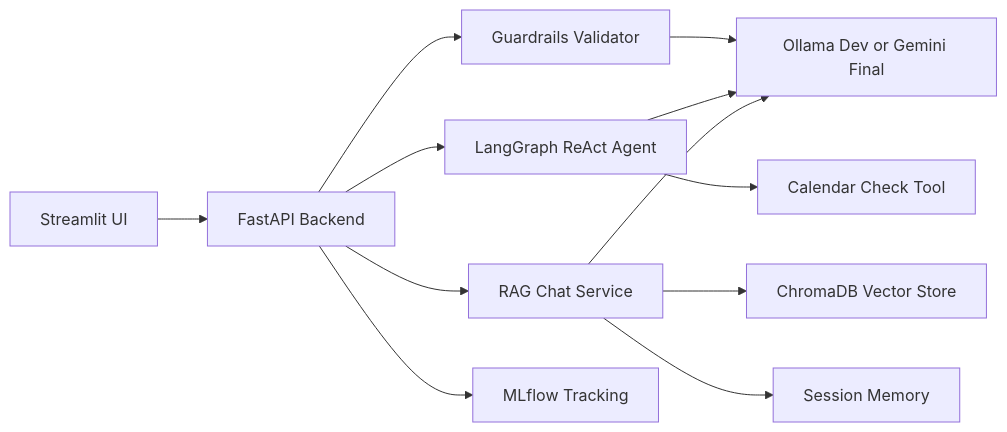
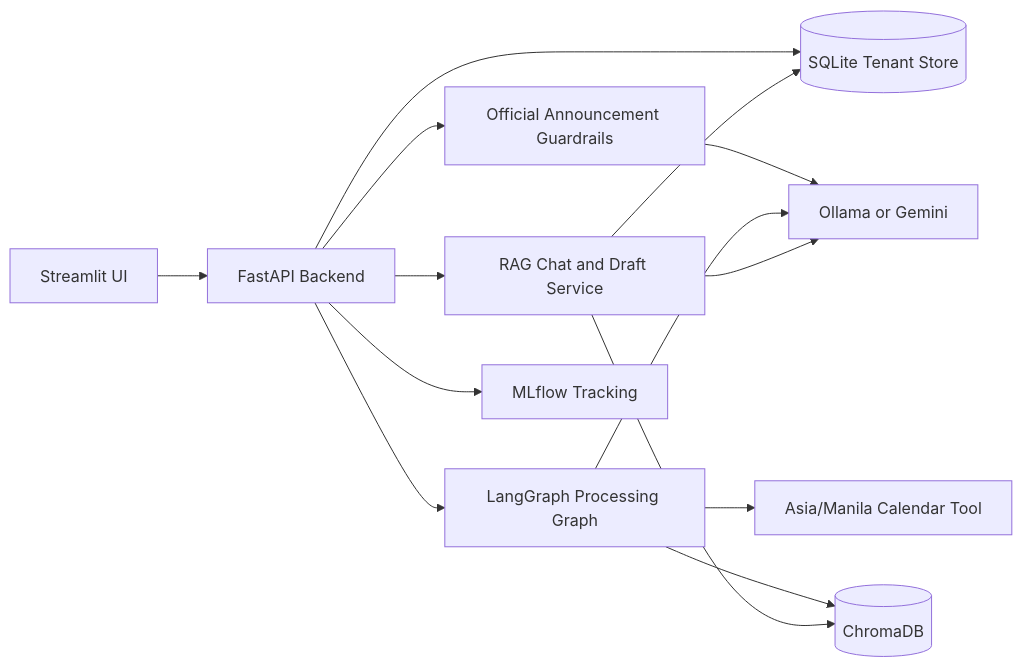
Before and after one commit to aaaaandreiii/SwiftMemo_STAI1000: the diagram in README.md, drawn with Mermaid. The commit also changed other lines of this file and 47 other files, not shown here.

````diff
--- a/README.md
+++ b/README.md
@@ -38,14 +48,16 @@
 ```mermaid
 flowchart LR
     UI[Streamlit UI] --> API[FastAPI Backend]
-    API --> Guardrails[Guardrails Validator]
-    API --> Agent[LangGraph ReAct Agent]
-    API --> Chat[RAG Chat Service]
-    Guardrails --> LLM[Ollama Dev or Gemini Final]
-    Agent --> Tool[Calendar Check Tool]
+    API --> SQLite[(SQLite Tenant Store)]
+    API --> Guardrails[Official Announcement Guardrails]
+    API --> Agent[LangGraph Processing Graph]
+    API --> Chat[RAG Chat and Draft Service]
+    Agent --> Calendar[Asia/Manila Calendar Tool]
+    Agent --> Chroma[(ChromaDB)]
+    Chat --> Chroma
+    Chat --> SQLite
+    Guardrails --> LLM[Ollama or Gemini]
     Agent --> LLM
-    Chat --> Chroma[ChromaDB Vector Store]
-    Chat --> Memory[Session Memory]
     Chat --> LLM
     API --> MLflow[MLflow Tracking]
 ```
````
